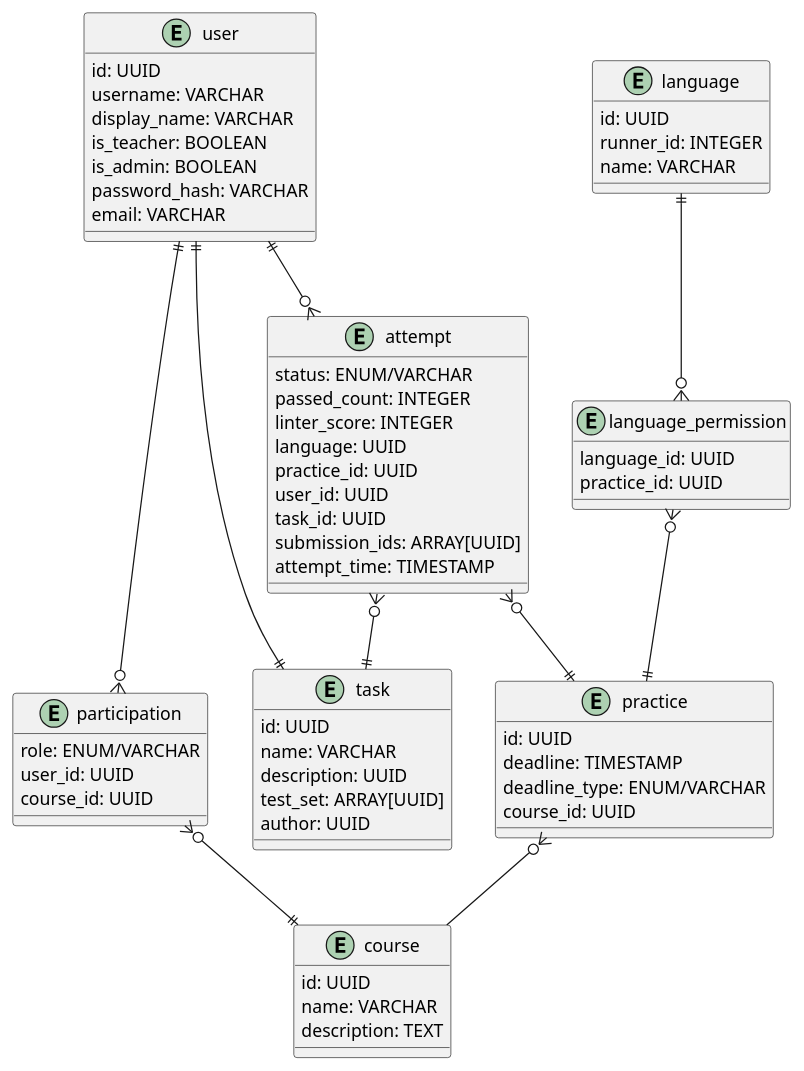
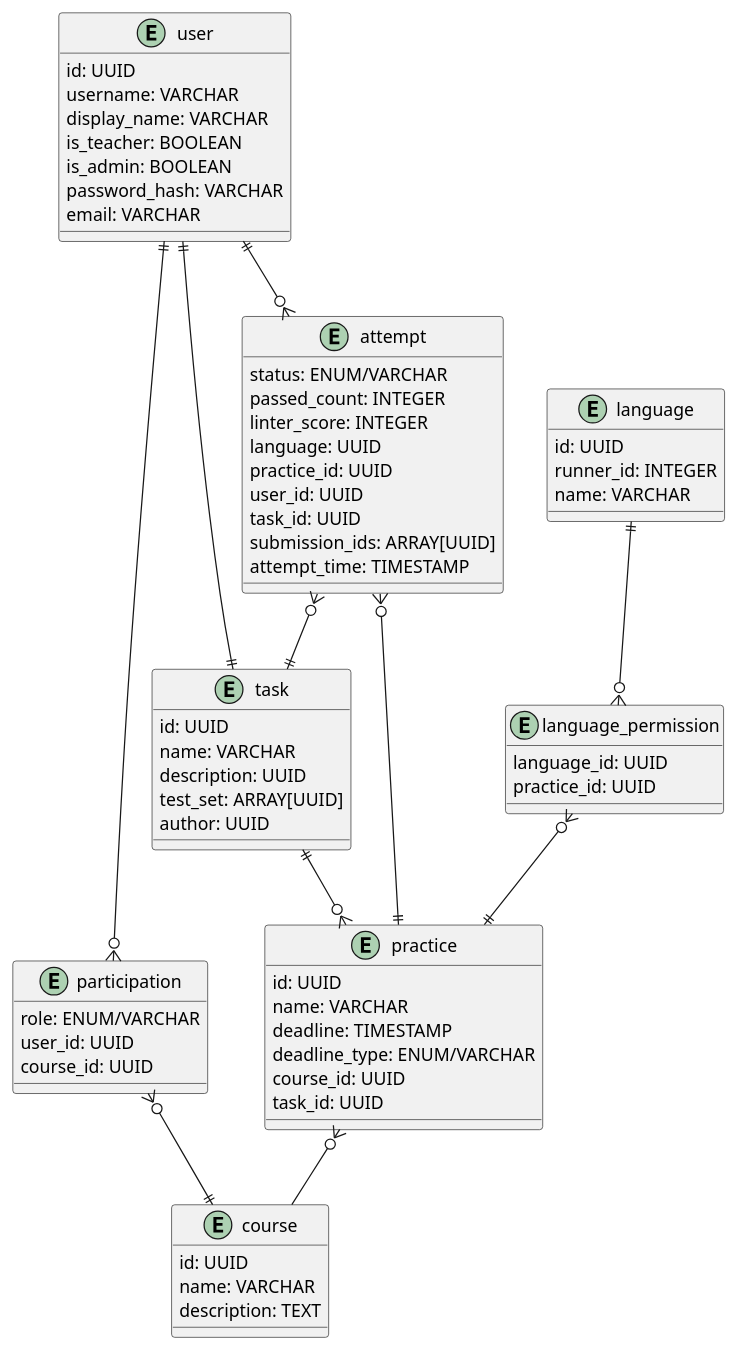
Before and after one commit to AKovalyuk/automated-lab-testing-sibfu-backend: the diagram in doc/entity-relationship.puml, drawn with PlantUML. The commit also changed 5 other files, not shown here.

```diff
--- a/doc/entity-relationship.puml
+++ b/doc/entity-relationship.puml
@@ -1,73 +1,76 @@
 @startuml
 
 entity user {
     id: UUID
     username: VARCHAR
     display_name: VARCHAR
     is_teacher: BOOLEAN
     is_admin: BOOLEAN
     password_hash: VARCHAR
     email: VARCHAR
 }
 
 entity participation {
     role: ENUM/VARCHAR
     user_id: UUID
     course_id: UUID
 }
 
 entity course {
     id: UUID
     name: VARCHAR
     description: TEXT
 }
 
 entity task {
     id: UUID
     name: VARCHAR
     description: UUID
     test_set: ARRAY[UUID]
     author: UUID
 }
 
 entity practice {
     id: UUID
+    name: VARCHAR
     deadline: TIMESTAMP
     deadline_type: ENUM/VARCHAR
     course_id: UUID
+    task_id: UUID
 }
 
 entity attempt {
     status: ENUM/VARCHAR
     passed_count: INTEGER
     linter_score: INTEGER
     language: UUID
     practice_id: UUID
     user_id: UUID
     task_id: UUID
     submission_ids: ARRAY[UUID]
     attempt_time: TIMESTAMP
 }
 
 entity language {
     id: UUID
     runner_id: INTEGER
     name: VARCHAR
 }
 
 entity language_permission {
     language_id: UUID
     practice_id: UUID
 }
 
 user ||--o{ attempt
 attempt }o--|| task
 attempt }o--|| practice
 user ||--o{ participation
 participation }o--|| course
 practice }o-- course
 user ||--|| task
 language ||--o{ language_permission
 language_permission }o--|| practice
+task ||--o{ practice
 
 @enduml
```
